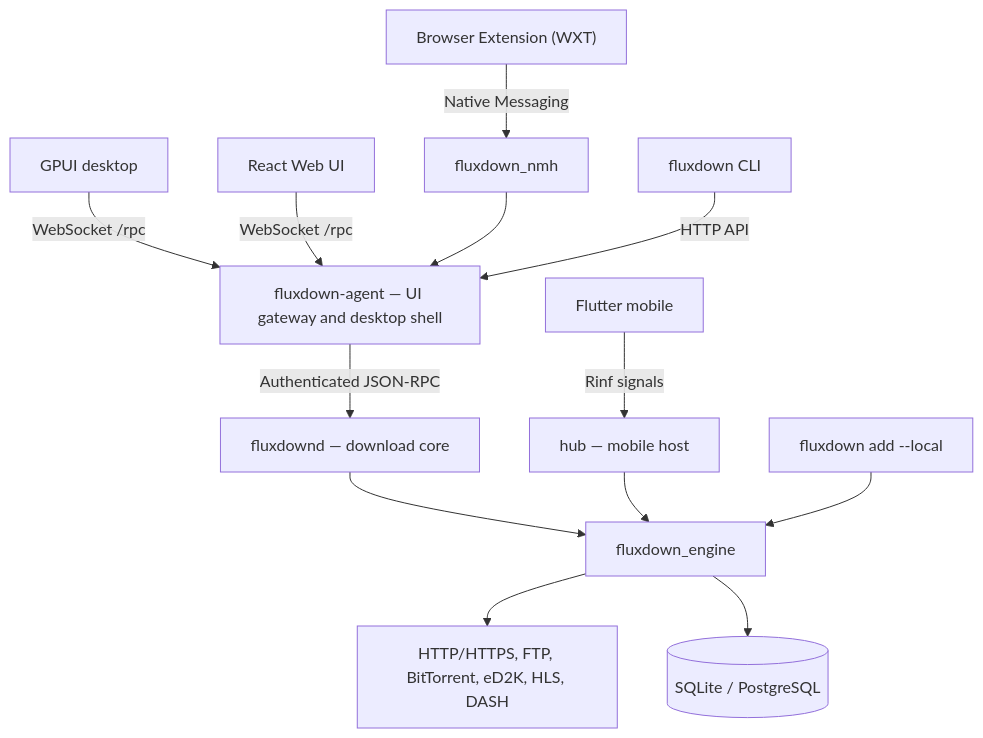
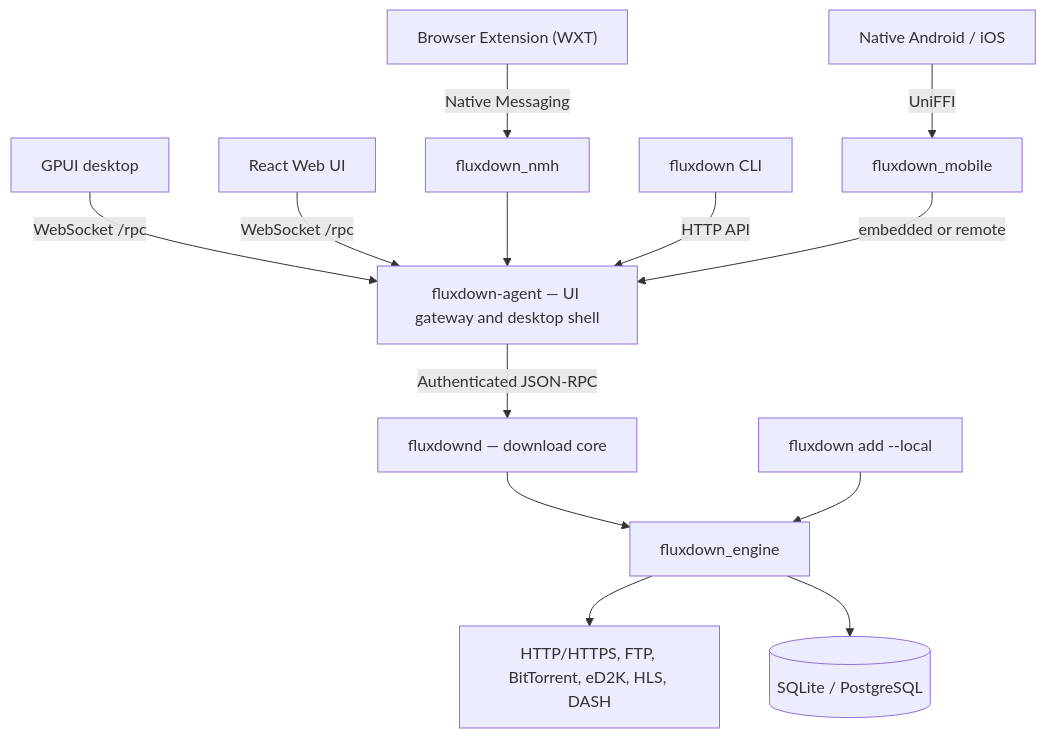
Before and after one commit to evg1394/FluxDown: the diagram in README.md, drawn with Mermaid. The commit also changed other lines of this file and 638 other files, not shown here.

````diff
--- a/README.md
+++ b/README.md
@@ -185,15 +185,15 @@
 ```mermaid
 flowchart TD
     UI["GPUI desktop"] -->|"WebSocket /rpc"| AGENT["fluxdown-agent — UI gateway and desktop shell"]
     WEB["React Web UI"] -->|"WebSocket /rpc"| AGENT
     EXT["Browser Extension (WXT)"] -->|Native Messaging| NMH["fluxdown_nmh"]
     NMH --> AGENT
     CLI["fluxdown CLI"] -->|"HTTP API"| AGENT
     AGENT -->|"Authenticated JSON-RPC"| DAEMON["fluxdownd — download core"]
     DAEMON --> ENGINE["fluxdown_engine"]
-    MOBILE["Flutter mobile"] -->|"Rinf signals"| HUB["hub — mobile host"]
-    HUB --> ENGINE["fluxdown_engine"]
+    MOBILE["Native Android / iOS"] -->|"UniFFI"| CORE["fluxdown_mobile"]
+    CORE -->|"embedded or remote"| AGENT
     LOCAL["fluxdown add --local"] --> ENGINE
     ENGINE --> PROTOCOLS["HTTP/HTTPS, FTP, BitTorrent, eD2K, HLS, DASH"]
     ENGINE --> DB[("SQLite / PostgreSQL")]
 ```
````
